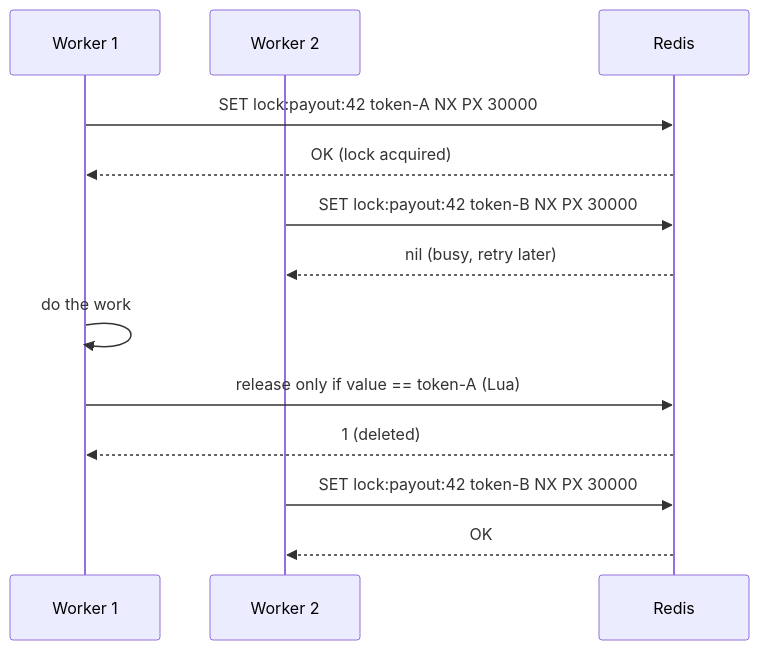
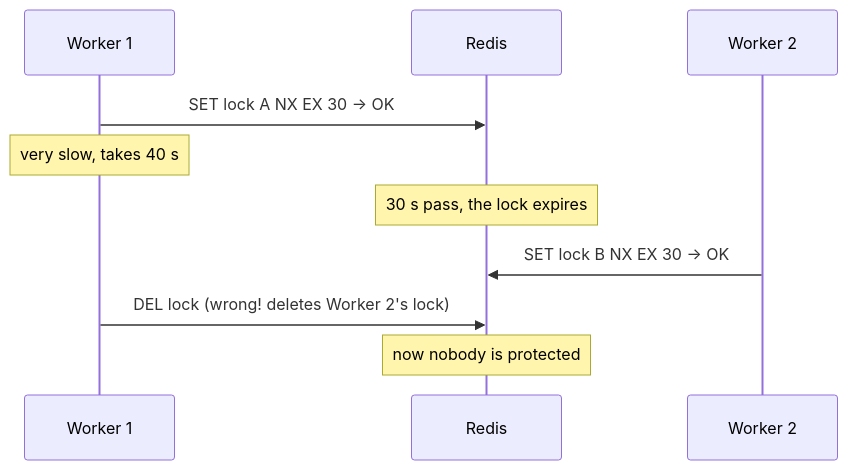
One commit to selvakumarperumal/Regulatory_Circular_Impact_Agent changed the eighth of 30 diagrams in redis.md. Above: the diagram before and after it, drawn with Mermaid. The commit also changed other lines of this file, not shown here.

````diff
--- a/redis.md
+++ b/redis.md
@@ -621,15 +883,12 @@
 ```mermaid
 sequenceDiagram
     participant W1 as Worker 1
+    participant R as Redis
     participant W2 as Worker 2
-    participant Redis
-    W1->>Redis: SET lock:payout:42 token-A NX PX 30000
-    Redis-->>W1: OK (lock acquired)
-    W2->>Redis: SET lock:payout:42 token-B NX PX 30000
-    Redis-->>W2: nil (busy, retry later)
-    W1->>W1: do the work
-    W1->>Redis: release only if value == token-A (Lua)
-    Redis-->>W1: 1 (deleted)
-    W2->>Redis: SET lock:payout:42 token-B NX PX 30000
-    Redis-->>W2: OK
+    W1->>R: SET lock A NX EX 30 → OK
+    Note over W1: very slow, takes 40 s
+    Note over R: 30 s pass, the lock expires
+    W2->>R: SET lock B NX EX 30 → OK
+    W1->>R: DEL lock (wrong! deletes Worker 2's lock)
+    Note over R: now nobody is protected
 ```
````
